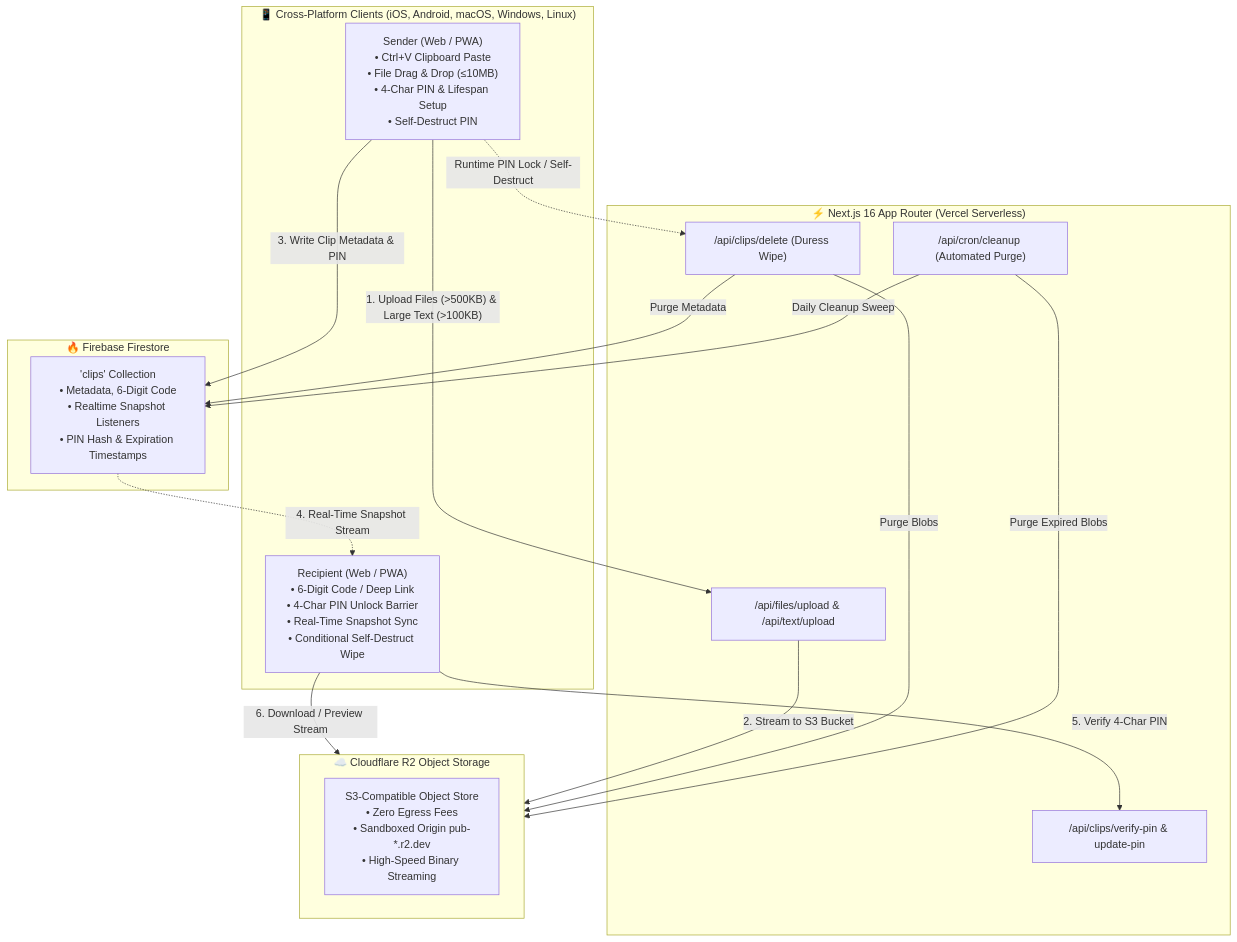
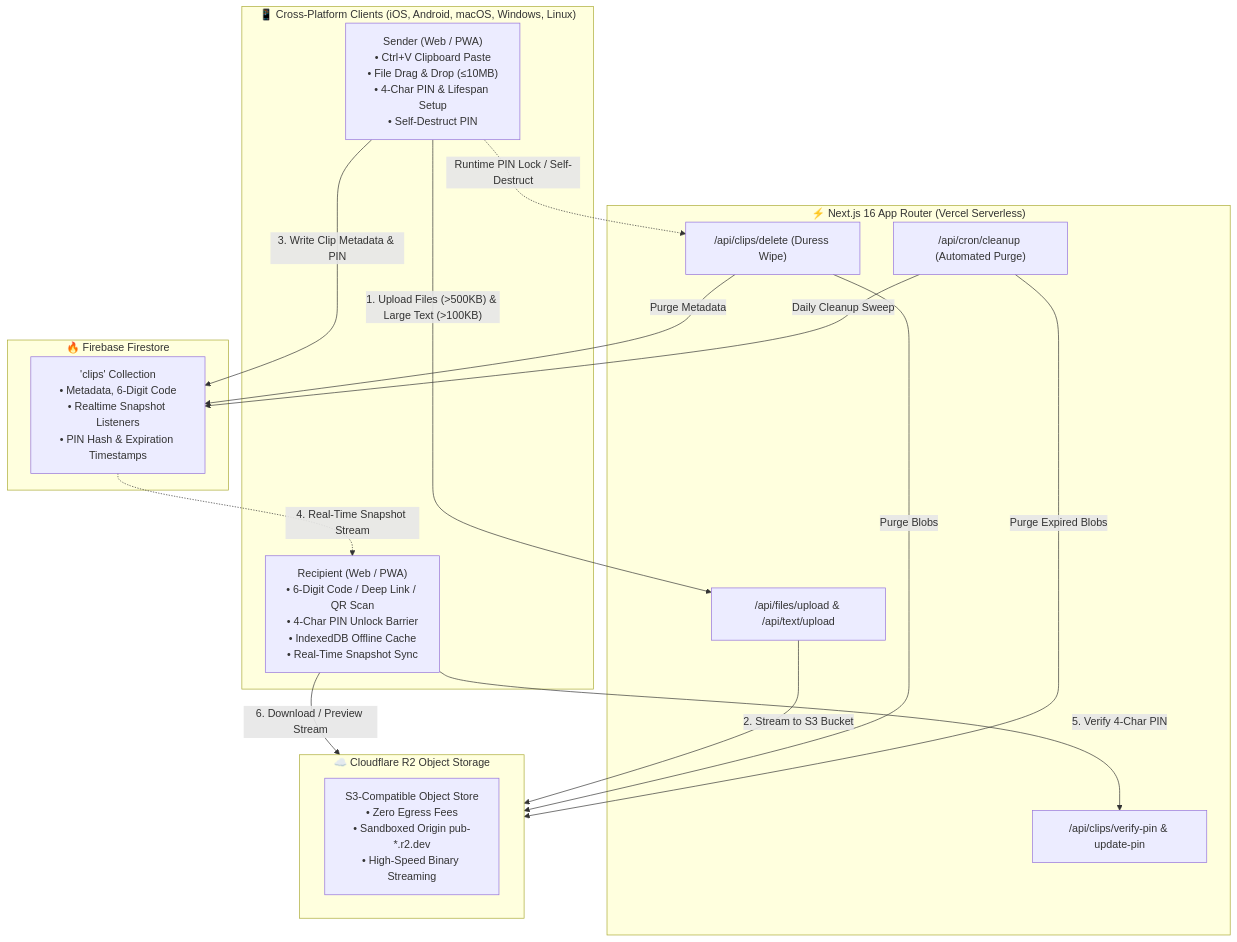
One commit to zainImran864/online_clipboard changed the diagram in README.md. Above: the diagram before and after it, drawn with Mermaid. The commit also changed other lines of this file and 25 other files, not shown here.

````diff
--- a/README.md
+++ b/README.md
@@ -105,34 +106,34 @@
 ```mermaid
 flowchart TD
     subgraph Clients["📱 Cross-Platform Clients (iOS, Android, macOS, Windows, Linux)"]
         Sender["Sender (Web / PWA)<br/>• Ctrl+V Clipboard Paste<br/>• File Drag & Drop (≤10MB)<br/>• 4-Char PIN & Lifespan Setup<br/>• Self-Destruct PIN"]
-        Receiver["Recipient (Web / PWA)<br/>• 6-Digit Code / Deep Link<br/>• 4-Char PIN Unlock Barrier<br/>• Real-Time Snapshot Sync<br/>• Conditional Self-Destruct Wipe"]
+        Receiver["Recipient (Web / PWA)<br/>• 6-Digit Code / Deep Link / QR Scan<br/>• 4-Char PIN Unlock Barrier<br/>• IndexedDB Offline Cache<br/>• Real-Time Snapshot Sync"]
     end
 
     subgraph App["⚡ Next.js 16 App Router (Vercel Serverless)"]
         API_Upload["/api/files/upload & /api/text/upload"]
         API_PIN["/api/clips/verify-pin & update-pin"]
         API_Delete["/api/clips/delete (Duress Wipe)"]
         API_Cron["/api/cron/cleanup (Automated Purge)"]
     end
 
     subgraph DB["🔥 Firebase Firestore"]
         Firestore["'clips' Collection<br/>• Metadata, 6-Digit Code<br/>• Realtime Snapshot Listeners<br/>• PIN Hash & Expiration Timestamps"]
     end
 
     subgraph Storage["☁️ Cloudflare R2 Object Storage"]
         R2["S3-Compatible Object Store<br/>• Zero Egress Fees<br/>• Sandboxed Origin pub-*.r2.dev<br/>• High-Speed Binary Streaming"]
     end
 
     Sender -->|"1. Upload Files (>500KB) & Large Text (>100KB)"| API_Upload
     API_Upload -->|"2. Stream to S3 Bucket"| Storage
     Sender -->|"3. Write Clip Metadata & PIN"| Firestore
     Firestore -.->|"4. Real-Time Snapshot Stream"| Receiver
     Receiver -->|"5. Verify 4-Char PIN"| API_PIN
     Receiver -->|"6. Download / Preview Stream"| Storage
     Sender -.->|"Runtime PIN Lock / Self-Destruct"| API_Delete
     API_Delete -->|"Purge Metadata"| Firestore
     API_Delete -->|"Purge Blobs"| Storage
     API_Cron -->|"Daily Cleanup Sweep"| Firestore
     API_Cron -->|"Purge Expired Blobs"| Storage
 ```
````
